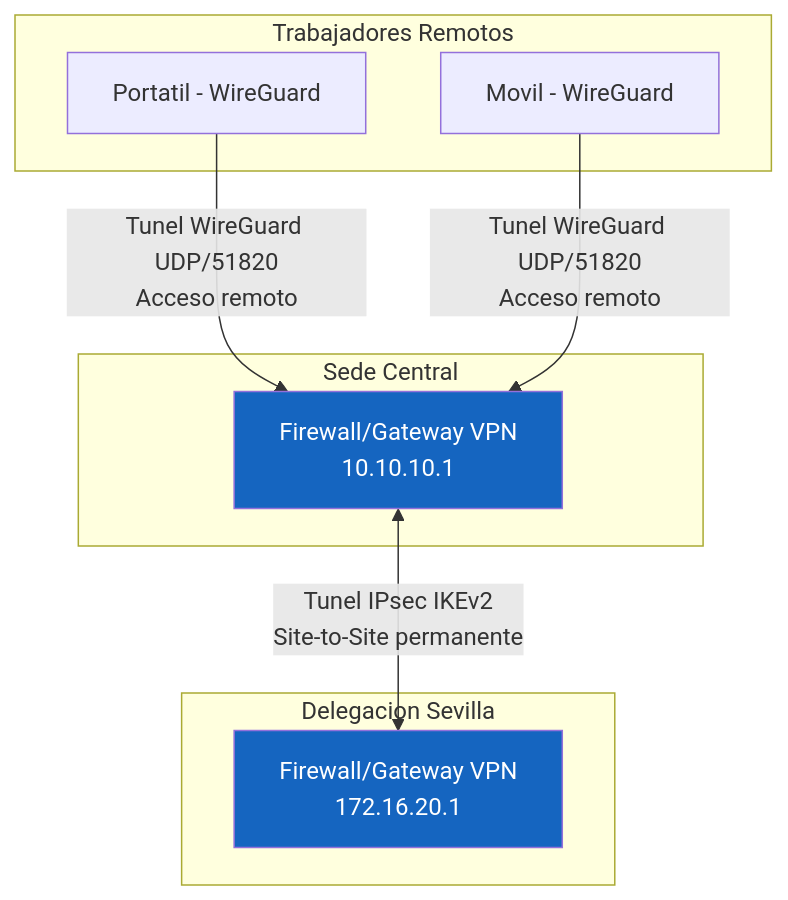
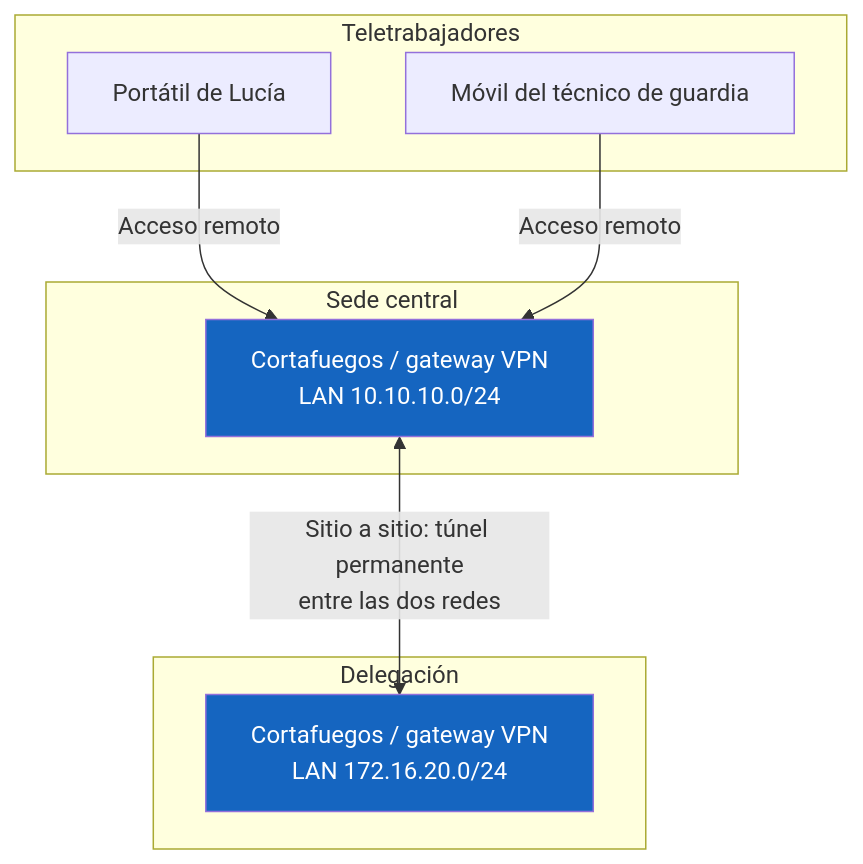
One commit to jmfiorisies/sad changed the second of 4 diagrams in docs/unidades/ud04.md. Above: the diagram before and after it, drawn with Mermaid. The commit also changed other lines of this file and 2 other files, not shown here.

First line of the commit message:
UD4 VPN rehecha desde los fundamentos y laboratorio Docker de la UD3

````diff
--- a/docs/unidades/ud04.md
+++ b/docs/unidades/ud04.md
@@ -33,20 +123,20 @@
 ```mermaid
 graph TB
-    subgraph Sede Central
-        FW1[Firewall/Gateway VPN<br/>10.10.10.1]
+    subgraph Sede central
+        FW1[Cortafuegos / gateway VPN<br/>LAN 10.10.10.0/24]
     end
-    subgraph Delegacion Sevilla
-        FW2[Firewall/Gateway VPN<br/>172.16.20.1]
+    subgraph Delegación
+        FW2[Cortafuegos / gateway VPN<br/>LAN 172.16.20.0/24]
     end
-    subgraph Trabajadores Remotos
-        R1[Portatil - WireGuard]
-        R2[Movil - WireGuard]
+    subgraph Teletrabajadores
+        R1[Portátil de Lucía]
+        R2[Móvil del técnico de guardia]
     end
 
-    FW1 <-->|Tunel IPsec IKEv2<br/>Site-to-Site permanente| FW2
-    R1 -->|Tunel WireGuard UDP/51820<br/>Acceso remoto| FW1
-    R2 -->|Tunel WireGuard UDP/51820<br/>Acceso remoto| FW1
+    FW1 <-->|Sitio a sitio: túnel permanente<br/>entre las dos redes| FW2
+    R1 -->|Acceso remoto| FW1
+    R2 -->|Acceso remoto| FW1
 
     style FW1 fill:#1565c0,color:#fff
     style FW2 fill:#1565c0,color:#fff
 ```
````
